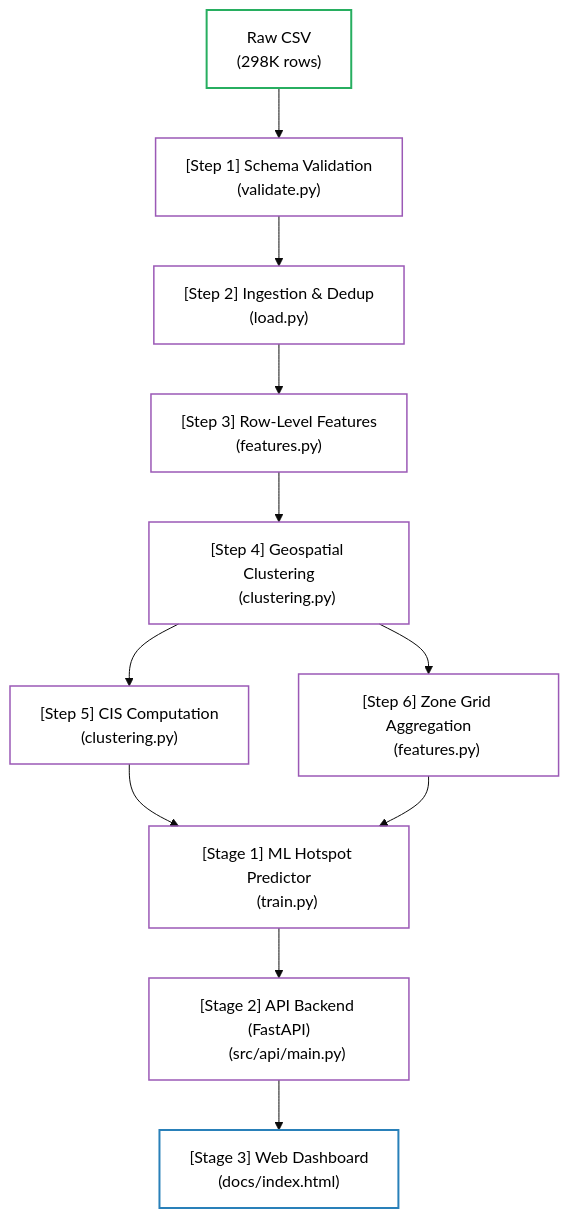
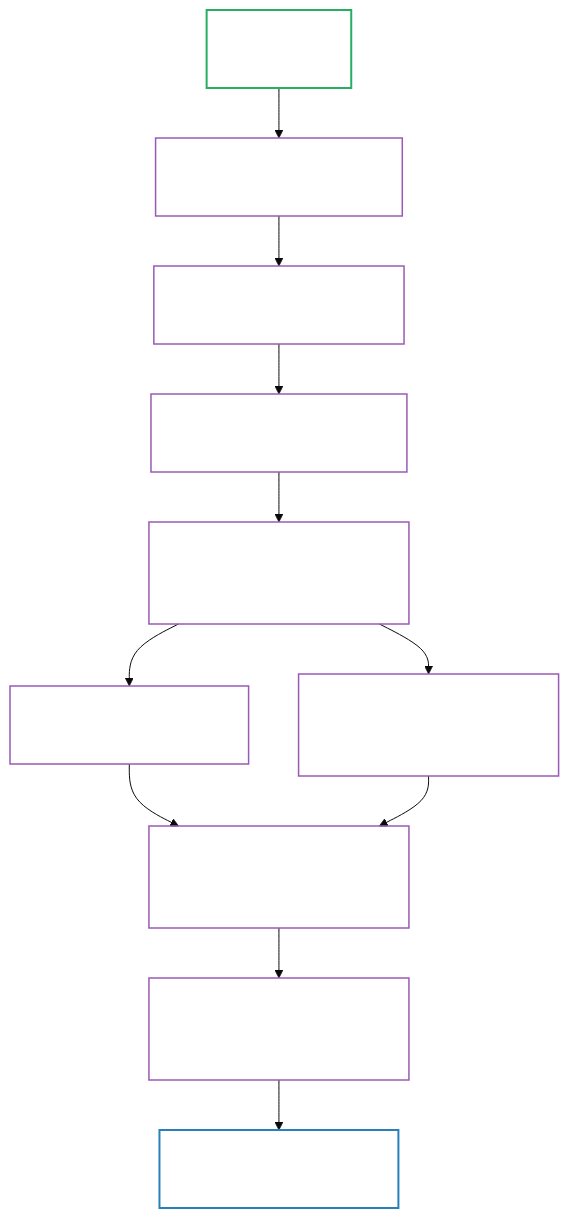
Before and after one commit to UpendrA-StaRK/GridLock-R2: the diagram in README.md, drawn with Mermaid (base theme). The commit also changed other lines of this file, not shown here.

Commit message:
minor update

````diff
--- a/README.md
+++ b/README.md
@@ -11,56 +13,56 @@
 ```mermaid
 flowchart TD
     Raw["Raw CSV
     (298K rows)"]
     
     Step1["[Step 1] Schema Validation
     (validate.py)"]
     
     Step2["[Step 2] Ingestion & Dedup
     (load.py)"]
     
     Step3["[Step 3] Row-Level Features
     (features.py)"]
     
     Step4["[Step 4] Geospatial Clustering
     (clustering.py)"]
     
     Step5["[Step 5] CIS Computation
     (clustering.py)"]
     
     Step6["[Step 6] Zone Grid Aggregation
     (features.py)"]
     
     Stage1["[Stage 1] ML Hotspot Predictor
     (train.py)"]
     
     Stage2["[Stage 2] API Backend (FastAPI)
     (src/api/main.py)"]
     
     Stage3["[Stage 3] Web Dashboard
     (docs/index.html)"]
 
     Raw --> Step1
     Step1 --> Step2
     Step2 --> Step3
     Step3 --> Step4
     
     %% Branching after Clustering assigns zone_id
     Step4 --> Step5
     Step4 --> Step6
     
     %% Merging to predictor
     Step5 --> Stage1
     Step6 --> Stage1
     
     Stage1 --> Stage2
     Stage2 --> Stage3
 
-    classDef transGreen fill:none,stroke:#27AE60,stroke-width:2px,color:inherit;
-    classDef transLavender fill:none,stroke:#9B59B6,stroke-width:1.5px,color:inherit;
-    classDef transBlue fill:none,stroke:#2980B9,stroke-width:2px,color:inherit;
+    classDef transGreen fill:none,stroke:#27AE60,stroke-width:2px,color:#FFF;
+    classDef transLavender fill:none,stroke:#9B59B6,stroke-width:1.5px,color:#FFF;
+    classDef transBlue fill:none,stroke:#2980B9,stroke-width:2px,color:#FFF;
 
     class Raw transGreen;
     class Step1,Step2,Step3,Step4,Step5,Step6,Stage1,Stage2 transLavender;
     class Stage3 transBlue;
 ```
````
